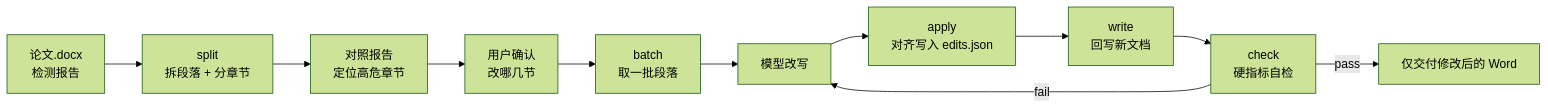
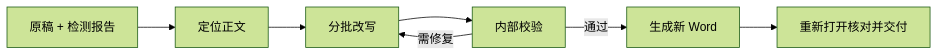
One commit to Longfei-Tao/aigc-reducer changed the diagram in README.md. Above: the diagram before and after it, drawn with Mermaid (forest theme). The commit also changed other lines of this file and 9 other files, not shown here.

````diff
--- a/README.md
+++ b/README.md
@@ -125,13 +92,9 @@
 ```mermaid
 flowchart LR
-    A[论文.docx<br/>检测报告] --> B[split<br/>拆段落 + 分章节]
-    B --> C[对照报告<br/>定位高危章节]
-    C --> D[用户确认<br/>改哪几节]
-    D --> E[batch<br/>取一批段落]
-    E --> F[模型改写]
-    F --> G[apply<br/>对齐写入 edits.json]
-    G --> H[write<br/>回写新文档]
-    H --> I[check<br/>硬指标自检]
-    I -->|fail| F
-    I -->|pass| J[仅交付修改后的 Word]
+    A[原稿 + 检测报告] --> B[定位正文]
+    B --> C[分批改写]
+    C --> D[内部校验]
+    D -->|通过| E[生成新 Word]
+    D -->|需修复| C
+    E --> F[重新打开核对并交付]
 ```
````
